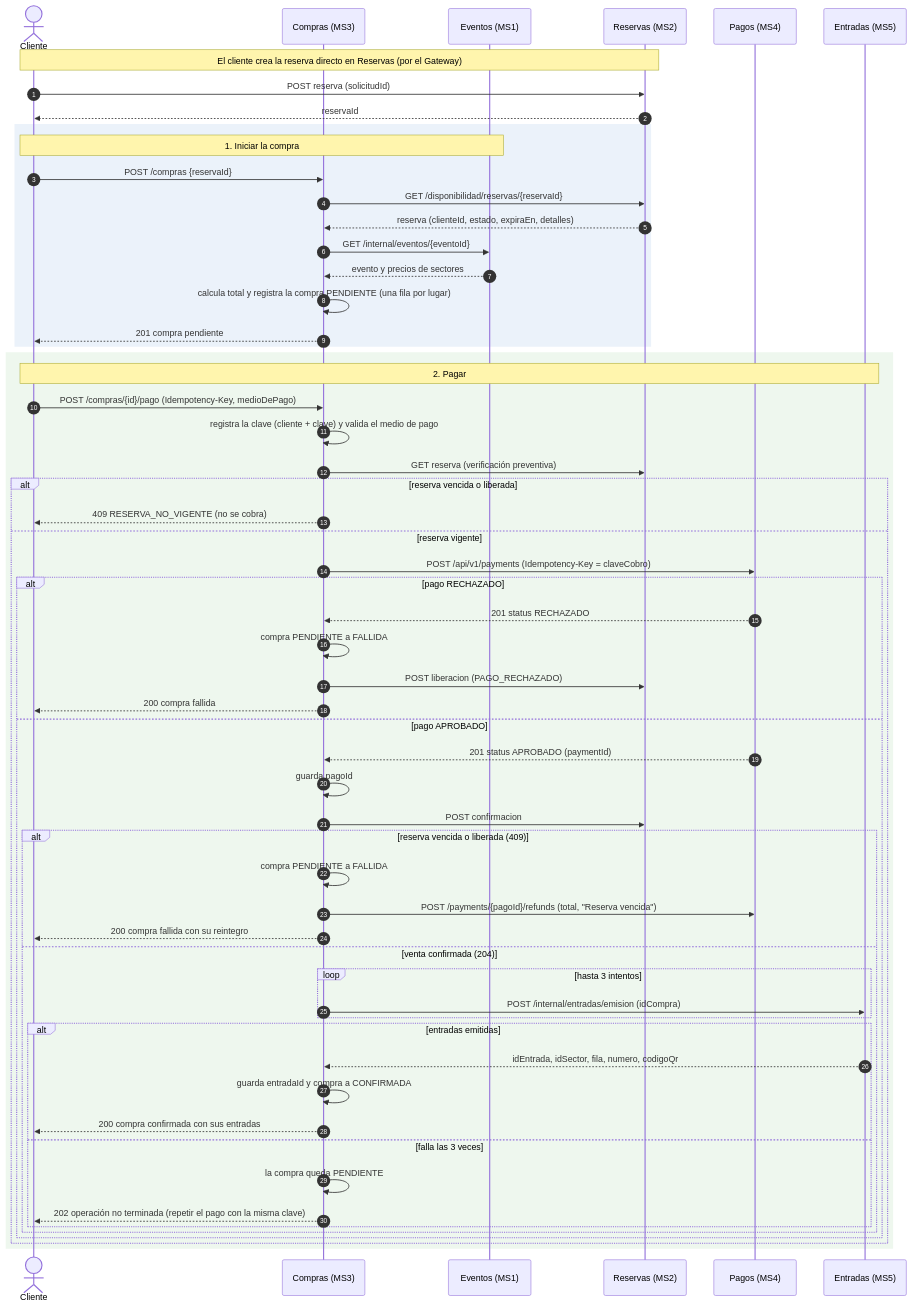
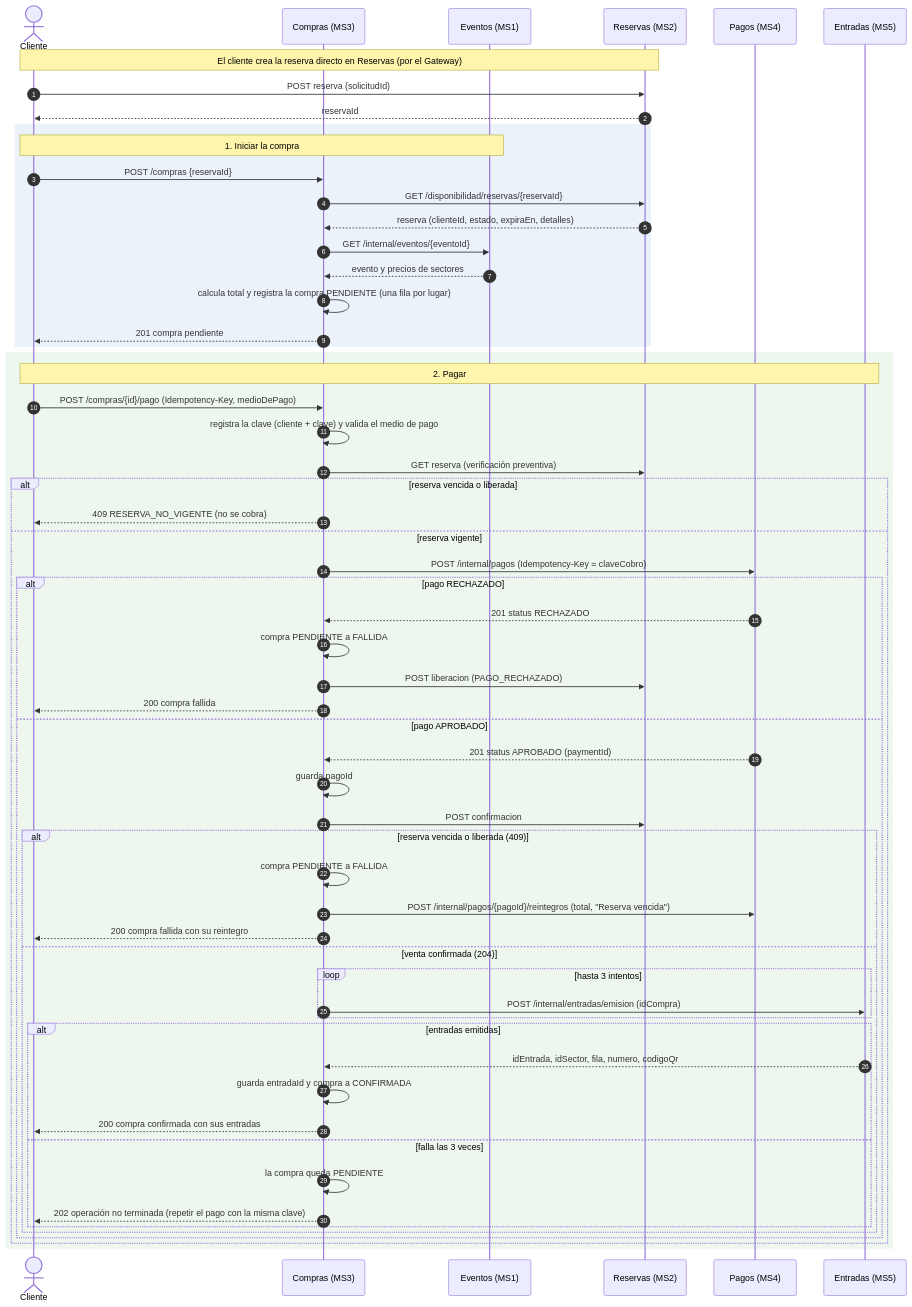
Before and after one commit to mailenramos/Trabajo-Practico-Especial: the diagram in docs/diagramas-ms3/secuencia-compra.mmd, drawn with Mermaid. The commit also changed 26 other files, not shown here.

Commit message:
Actualiza las rutas del cliente de Pagos a /internal/...

```diff
--- a/docs/diagramas-ms3/secuencia-compra.mmd
+++ b/docs/diagramas-ms3/secuencia-compra.mmd
@@ -1,62 +1,62 @@
 sequenceDiagram
     autonumber
     actor C as Cliente
     participant MS3 as Compras (MS3)
     participant MS1 as Eventos (MS1)
     participant MS2 as Reservas (MS2)
     participant MS4 as Pagos (MS4)
     participant MS5 as Entradas (MS5)
 
     Note over C,MS2: El cliente crea la reserva directo en Reservas (por el Gateway)
     C->>MS2: POST reserva (solicitudId)
     MS2-->>C: reservaId
 
     rect rgb(235, 242, 250)
     Note over C,MS1: 1. Iniciar la compra
     C->>MS3: POST /compras {reservaId}
     MS3->>MS2: GET /disponibilidad/reservas/{reservaId}
     MS2-->>MS3: reserva (clienteId, estado, expiraEn, detalles)
     MS3->>MS1: GET /internal/eventos/{eventoId}
     MS1-->>MS3: evento y precios de sectores
     MS3->>MS3: calcula total y registra la compra PENDIENTE (una fila por lugar)
     MS3-->>C: 201 compra pendiente
     end
 
     rect rgb(238, 247, 238)
     Note over C,MS5: 2. Pagar
     C->>MS3: POST /compras/{id}/pago (Idempotency-Key, medioDePago)
     MS3->>MS3: registra la clave (cliente + clave) y valida el medio de pago
     MS3->>MS2: GET reserva (verificación preventiva)
     alt reserva vencida o liberada
         MS3-->>C: 409 RESERVA_NO_VIGENTE (no se cobra)
     else reserva vigente
-        MS3->>MS4: POST /api/v1/payments (Idempotency-Key = claveCobro)
+        MS3->>MS4: POST /internal/pagos (Idempotency-Key = claveCobro)
         alt pago RECHAZADO
             MS4-->>MS3: 201 status RECHAZADO
             MS3->>MS3: compra PENDIENTE a FALLIDA
             MS3->>MS2: POST liberacion (PAGO_RECHAZADO)
             MS3-->>C: 200 compra fallida
         else pago APROBADO
             MS4-->>MS3: 201 status APROBADO (paymentId)
             MS3->>MS3: guarda pagoId
             MS3->>MS2: POST confirmacion
             alt reserva vencida o liberada (409)
                 MS3->>MS3: compra PENDIENTE a FALLIDA
-                MS3->>MS4: POST /payments/{pagoId}/refunds (total, "Reserva vencida")
+                MS3->>MS4: POST /internal/pagos/{pagoId}/reintegros (total, "Reserva vencida")
                 MS3-->>C: 200 compra fallida con su reintegro
             else venta confirmada (204)
                 loop hasta 3 intentos
                     MS3->>MS5: POST /internal/entradas/emision (idCompra)
                 end
                 alt entradas emitidas
                     MS5-->>MS3: idEntrada, idSector, fila, numero, codigoQr
                     MS3->>MS3: guarda entradaId y compra a CONFIRMADA
                     MS3-->>C: 200 compra confirmada con sus entradas
                 else falla las 3 veces
                     MS3->>MS3: la compra queda PENDIENTE
                     MS3-->>C: 202 operación no terminada (repetir el pago con la misma clave)
                 end
             end
         end
     end
     end
```
